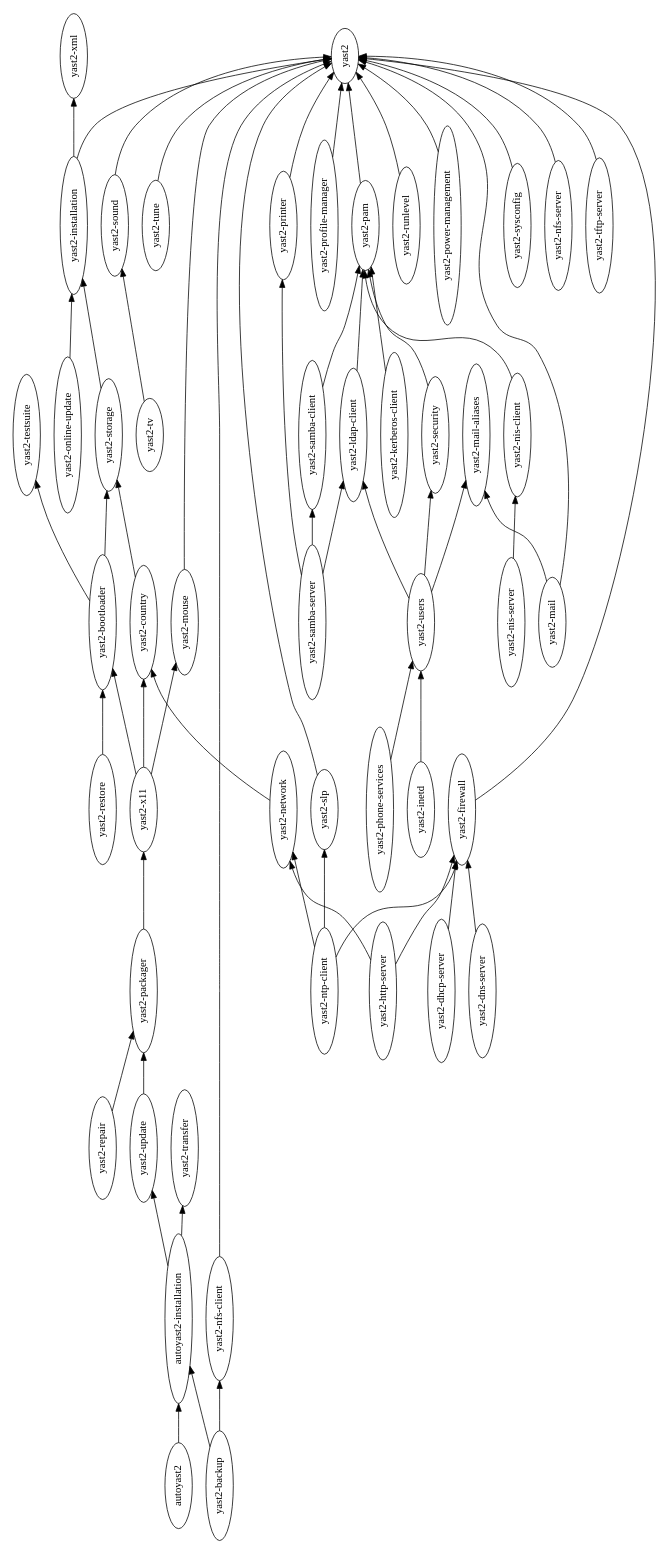
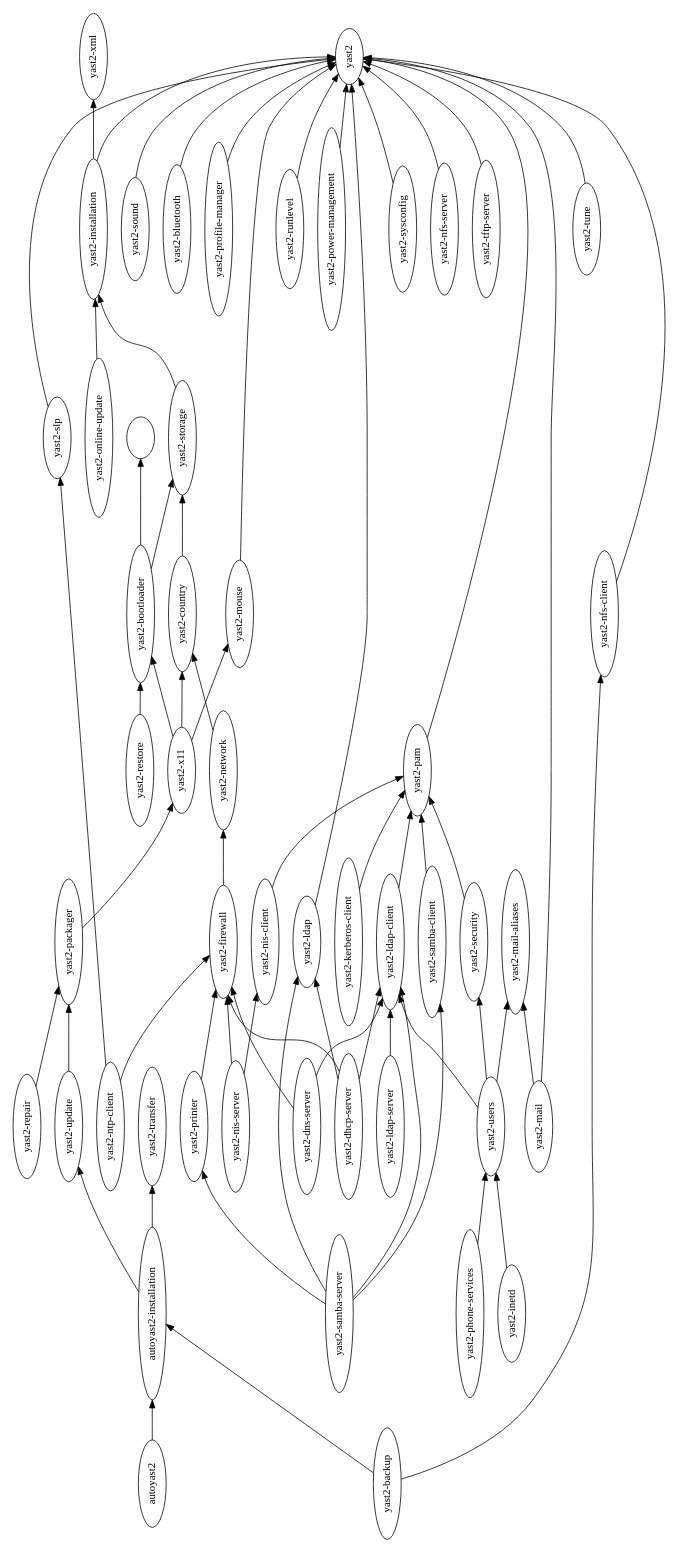
The diagram in misc/import-pkg.dot (yast/yast-devtools), drawn with Graphviz before and after one commit. The commit also changed 4 other files, not shown here.

```diff
--- a/misc/import-pkg.dot
+++ b/misc/import-pkg.dot
@@ -1,61 +1,65 @@
 digraph import {
 	graph [rankdir=LR, size="16,11", rotate=90];
-	"yast2-bootloader" -> "yast2-storage";
-	"yast2-bootloader" -> "yast2-testsuite";
 	"yast2-installation" -> "yast2-xml";
+	"yast2-bluetooth" -> yast2;
+	"yast2-installation" -> yast2;
 	"yast2-security" -> "yast2-pam";
+	"yast2-ldap-server" -> "yast2-ldap-client";
+	"yast2-samba-server" -> "yast2-ldap-client";
 	autoyast2 -> "autoyast2-installation";
-	"yast2-dns-server" -> "yast2-firewall";
+	"yast2-dns-server" -> "yast2-ldap-client";
 	"yast2-profile-manager" -> yast2;
+	"yast2-printer" -> "yast2-firewall";
 	"yast2-pam" -> yast2;
 	"yast2-samba-server" -> "yast2-samba-client";
+	"yast2-samba-server" -> "yast2-ldap";
 	"yast2-samba-server" -> "yast2-printer";
-	"yast2-samba-server" -> "yast2-ldap-client";
 	"yast2-runlevel" -> yast2;
 	"yast2-users" -> "yast2-mail-aliases";
 	"yast2-users" -> "yast2-security";
 	"yast2-power-management" -> yast2;
 	"yast2-network" -> "yast2-country";
+	"yast2-nis-server" -> "yast2-firewall";
 	"yast2-nis-server" -> "yast2-nis-client";
 	"yast2-mouse" -> yast2;
 	"yast2-repair" -> "yast2-packager";
 	"yast2-sysconfig" -> yast2;
 	"yast2-dhcp-server" -> "yast2-firewall";
+	"yast2-dhcp-server" -> "yast2-ldap-client";
+	"yast2-dhcp-server" -> "yast2-ldap";
 	"yast2-nis-client" -> "yast2-pam";
 	"yast2-restore" -> "yast2-bootloader";
+	"yast2-ldap" -> yast2;
 	"yast2-nfs-server" -> yast2;
-	"yast2-firewall" -> yast2;
+	"yast2-firewall" -> "yast2-network";
 	"yast2-tftp-server" -> yast2;
-	"yast2-ntp-client" -> "yast2-network";
+	"yast2-ntp-client" -> "yast2-slp";
 	"yast2-ntp-client" -> "yast2-firewall";
-	"yast2-ntp-client" -> "yast2-slp";
 	"yast2-nfs-client" -> yast2;
 	"autoyast2-installation" -> "yast2-update";
+	"yast2-bootloader" -> "yast2-storage";
+	"yast2-bootloader" -> "";
+	"yast2-dns-server" -> "yast2-firewall";
 	"yast2-tune" -> yast2;
 	"yast2-kerberos-client" -> "yast2-pam";
 	"yast2-backup" -> "yast2-nfs-client";
 	"yast2-backup" -> "autoyast2-installation";
 	"yast2-mail" -> "yast2-mail-aliases";
 	"yast2-mail" -> yast2;
 	"yast2-users" -> "yast2-ldap-client";
 	"yast2-samba-client" -> "yast2-pam";
 	"autoyast2-installation" -> "yast2-transfer";
 	"yast2-x11" -> "yast2-mouse";
 	"yast2-x11" -> "yast2-country";
 	"yast2-x11" -> "yast2-bootloader";
-	"yast2-installation" -> yast2;
-	"yast2-tv" -> "yast2-sound";
-	"yast2-printer" -> yast2;
 	"yast2-inetd" -> "yast2-users";
 	"yast2-country" -> "yast2-storage";
 	"yast2-phone-services" -> "yast2-users";
 	"yast2-update" -> "yast2-packager";
 	"yast2-sound" -> yast2;
 	"yast2-packager" -> "yast2-x11";
 	"yast2-slp" -> yast2;
 	"yast2-ldap-client" -> "yast2-pam";
 	"yast2-online-update" -> "yast2-installation";
-	"yast2-http-server" -> "yast2-firewall";
-	"yast2-http-server" -> "yast2-network";
 	"yast2-storage" -> "yast2-installation";
 }
```
